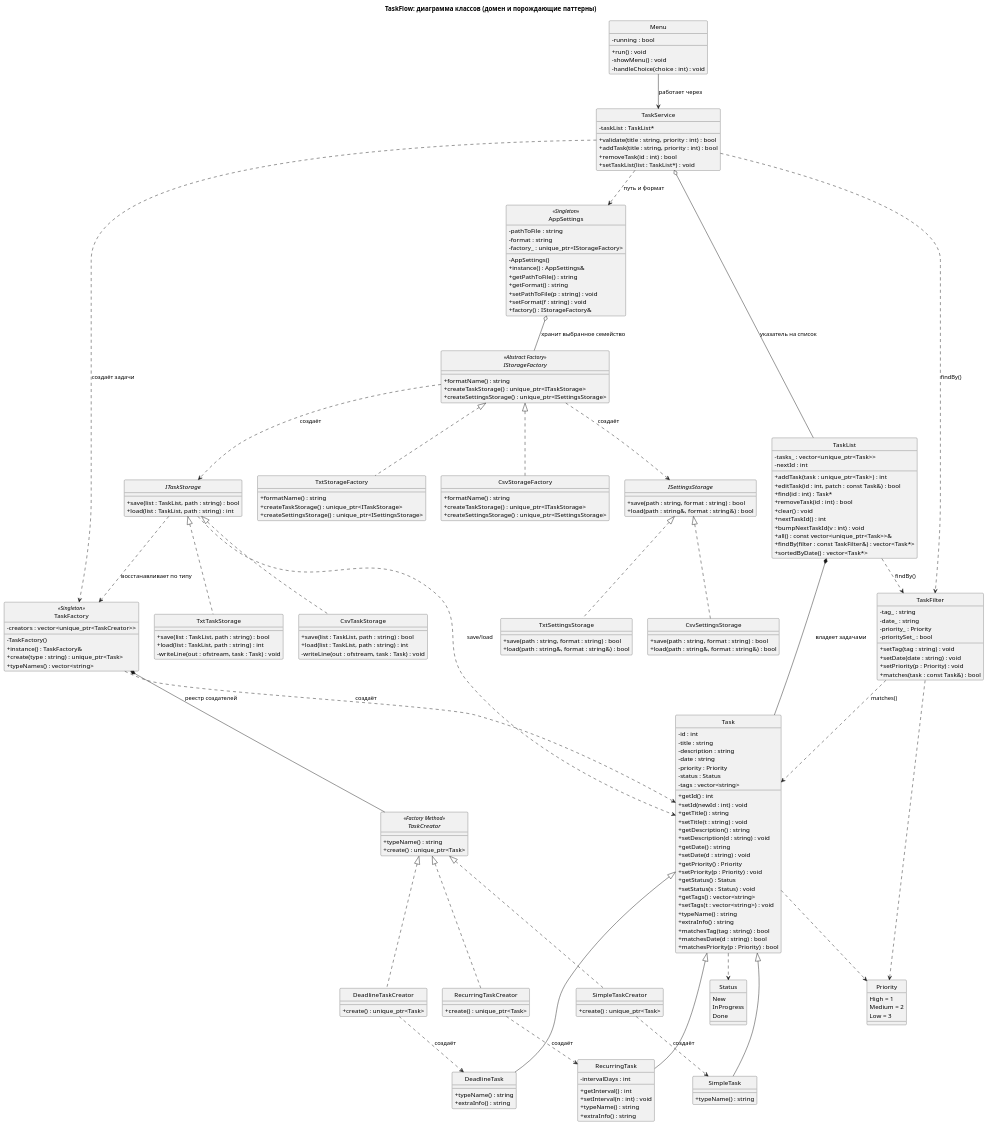
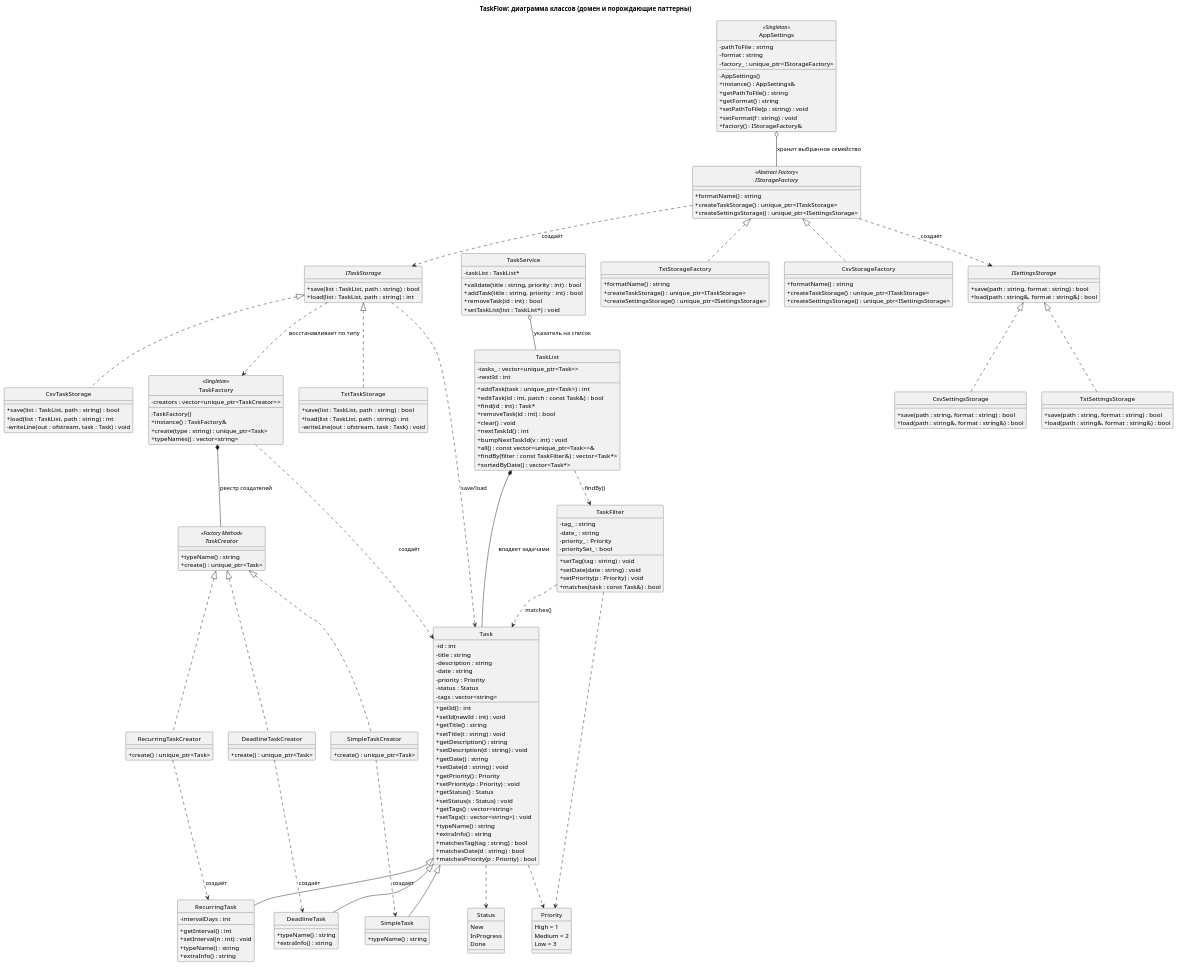
One commit to Ruslan1209/TaskFlow changed the diagram in docs/uml/02_class_domain.puml. Above: the diagram before and after it, drawn with PlantUML. The commit also changed other lines of this file, not shown here.

```diff
--- a/docs/uml/02_class_domain.puml
+++ b/docs/uml/02_class_domain.puml
@@ -177,13 +176,6 @@
   + createSettingsStorage() : unique_ptr<ISettingsStorage>
 }
 
-class Menu {
-  - running : bool
-  + run() : void
-  - showMenu() : void
-  - handleChoice(choice : int) : void
-}
-
 class TaskService {
   - taskList : TaskList*
   + validate(title : string, priority : int) : bool
@@ -223,9 +215,5 @@
 Task ..> Status
 TaskFilter ..> Priority
 
-Menu --> TaskService : работает через
 TaskService o-- TaskList : указатель на список
-TaskService ..> TaskFactory : создаёт задачи
-TaskService ..> AppSettings : путь и формат
-TaskService ..> TaskFilter : findBy()
 @enduml
```
